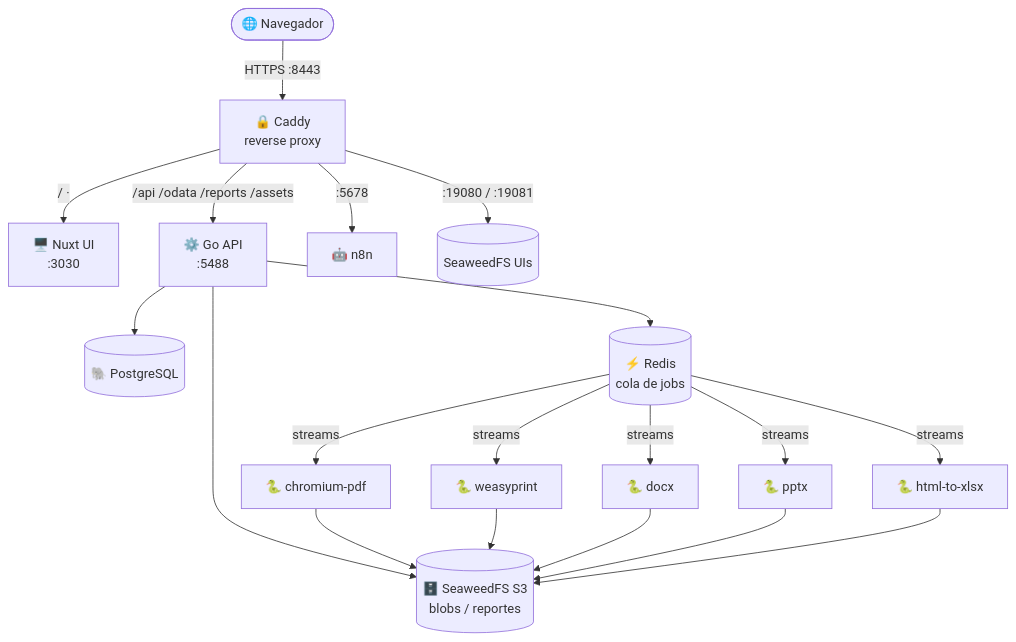
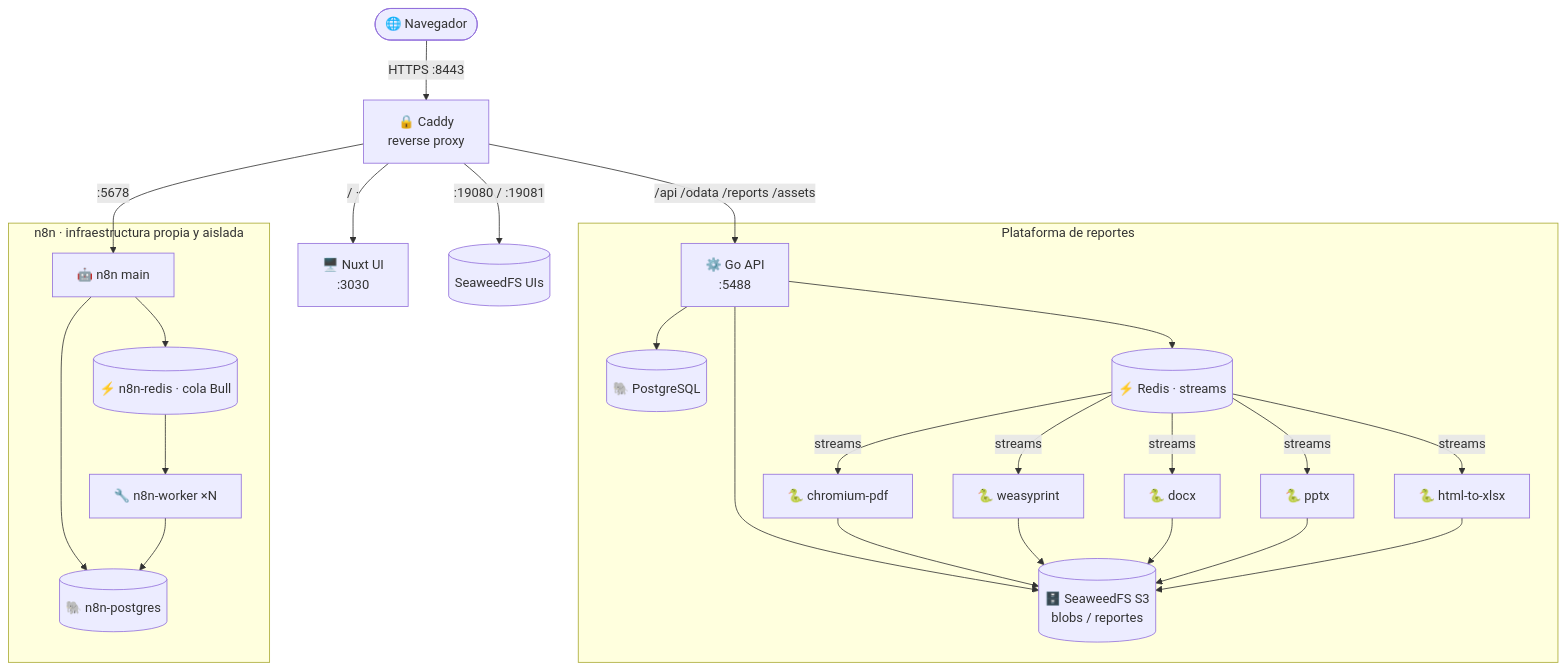
One commit to JoseHurtadoGonzales/CloudReport changed the first of 4 diagrams in README.md. Above: the diagram before and after it, drawn with Mermaid. The commit also changed other lines of this file and 2 other files, not shown here.

First line of the commit message:
feat: n8n en modo queue con Postgres y Redis dedicados

````diff
--- a/README.md
+++ b/README.md
@@ -54,21 +54,28 @@
 ```mermaid
 flowchart TD
     Browser([🌐 Navegador]) -->|HTTPS :8443| Caddy[🔒 Caddy<br/>reverse proxy]
 
     Caddy -->|/ ·| UI[🖥️ Nuxt UI<br/>:3030]
     Caddy -->|/api /odata /reports /assets| API[⚙️ Go API<br/>:5488]
-    Caddy -->|:5678| N8N[🤖 n8n]
+    Caddy -->|:5678| N8N[🤖 n8n main]
     Caddy -->|:19080 / :19081| SWUI[(SeaweedFS UIs)]
 
-    API --> PG[(🐘 PostgreSQL)]
-    API --> REDIS[(⚡ Redis<br/>cola de jobs)]
-    API --> S3[(🗄️ SeaweedFS S3<br/>blobs / reportes)]
+    subgraph APP[Plataforma de reportes]
+      API --> PG[(🐘 PostgreSQL)]
+      API --> REDIS[(⚡ Redis · streams)]
+      API --> S3[(🗄️ SeaweedFS S3<br/>blobs / reportes)]
+      REDIS -->|streams| W1[🐍 chromium-pdf]
+      REDIS -->|streams| W2[🐍 weasyprint]
+      REDIS -->|streams| W3[🐍 docx]
+      REDIS -->|streams| W4[🐍 pptx]
+      REDIS -->|streams| W5[🐍 html-to-xlsx]
+      W1 & W2 & W3 & W4 & W5 --> S3
+    end
 
-    REDIS -->|streams| W1[🐍 chromium-pdf]
-    REDIS -->|streams| W2[🐍 weasyprint]
-    REDIS -->|streams| W3[🐍 docx]
-    REDIS -->|streams| W4[🐍 pptx]
-    REDIS -->|streams| W5[🐍 html-to-xlsx]
-
-    W1 & W2 & W3 & W4 & W5 --> S3
+    subgraph AUTO[n8n · infraestructura propia y aislada]
+      N8N --> NPG[(🐘 n8n-postgres)]
+      N8N --> NRD[(⚡ n8n-redis · cola Bull)]
+      NRD --> NW1[🔧 n8n-worker ×N]
+      NW1 --> NPG
+    end
 ```
````
